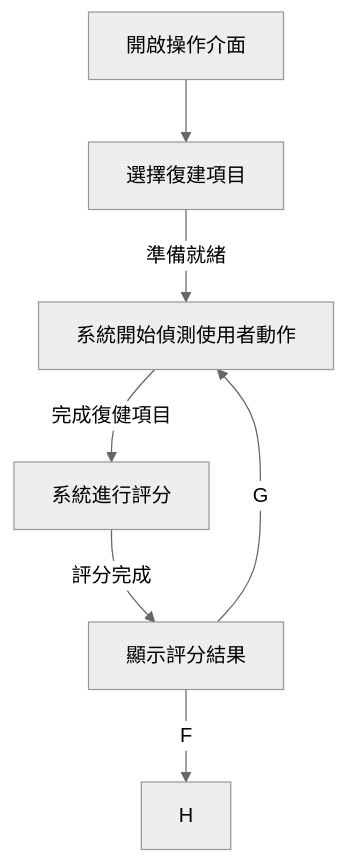
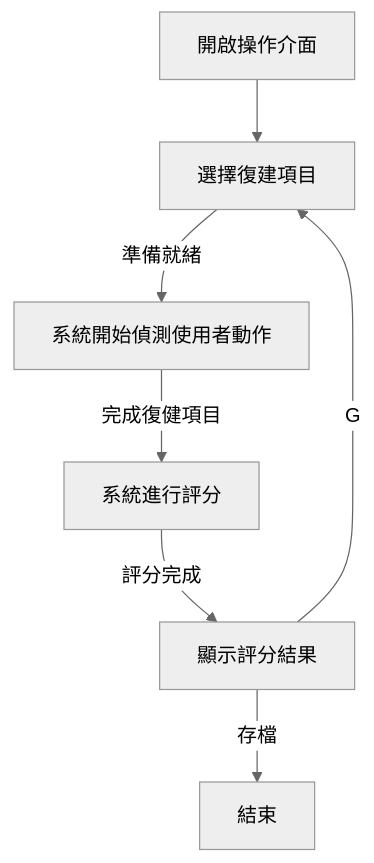
Before and after one commit to jamie-commander/Python_MediaPipe_Tk: the diagram in README.md, drawn with Mermaid (neutral theme).

````diff
--- a/README.md
+++ b/README.md
@@ -4,9 +4,9 @@
 ```mermaid
         graph TD
         Big_Data_Catch[開啟操作介面] --> Calc[選擇復建項目]
         Calc -- 準備就緒 --> Analysis[系統開始偵測使用者動作]
         Analysis -- 完成復健項目 --> feature[系統進行評分]
         feature -- 評分完成 --> backtrader[顯示評分結果]
-        backtrader -- F --> result[H]
-        backtrader -- G --> Analysis
+        backtrader -- 存檔 --> result[結束]
+        backtrader -- G --> Calc
 ```
````
